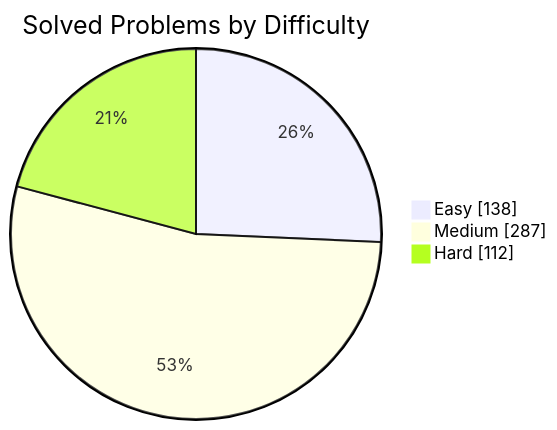
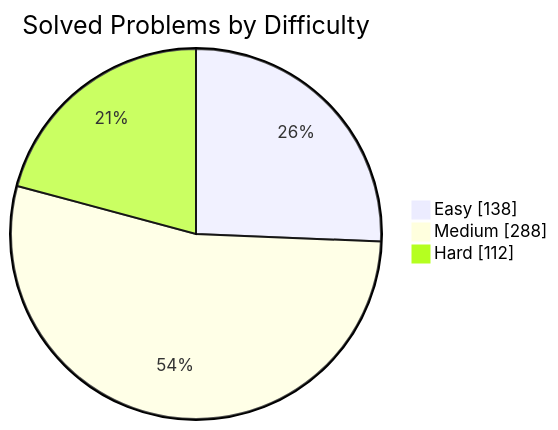
One commit to manikantbindass/DSA-Preparation-FAANG changed the first of 2 diagrams in README.md. Above: the diagram before and after it, drawn with Mermaid. The commit also changed other lines of this file and 1 other file, not shown here.

````diff
--- a/README.md
+++ b/README.md
@@ -79,7 +79,7 @@
 ```mermaid
 pie showData
     title Solved Problems by Difficulty
     "Easy" : 138
-    "Medium" : 287
+    "Medium" : 288
     "Hard" : 112
 ```
````
